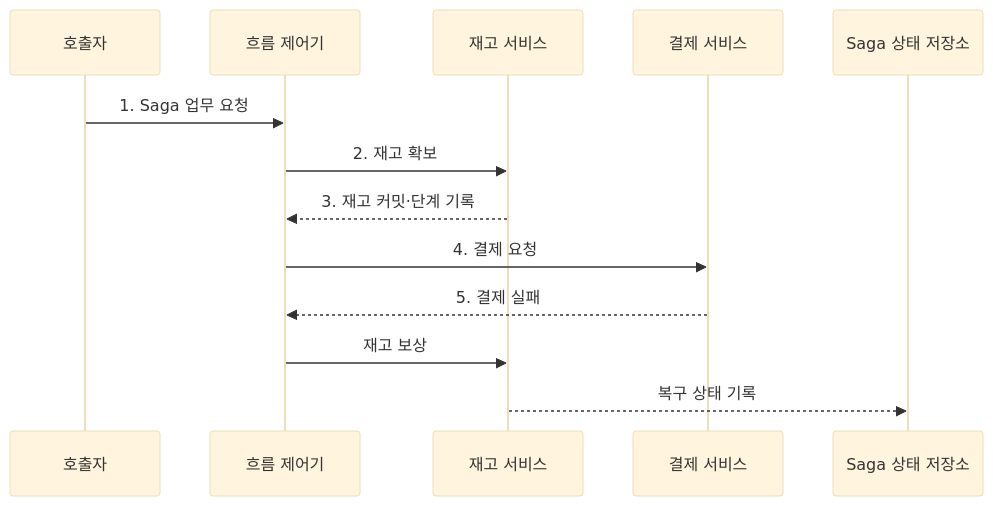
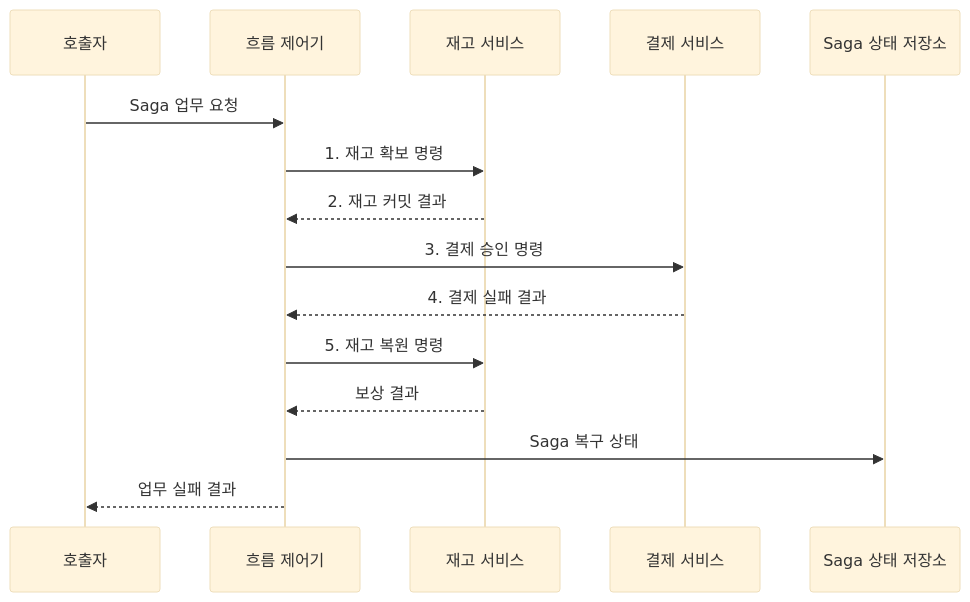
Before and after one commit to agnusdei1207/knowledge-base: the second of 2 diagrams in src/content/docs/notes/03-software/044_saga_pattern.md, drawn with Mermaid (base theme). The commit also changed other lines of this file and 20 other files, not shown here.

````diff
--- a/src/content/docs/notes/03-software/044_saga_pattern.md
+++ b/src/content/docs/notes/03-software/044_saga_pattern.md
@@ -86,15 +85,17 @@
 ```mermaid
 sequenceDiagram
     participant C as 호출자
     participant F as 흐름 제어기
     participant I as 재고 서비스
     participant P as 결제 서비스
     participant S as Saga 상태 저장소
-    C->>F: 1. Saga 업무 요청
-    F->>I: 2. 재고 확보
-    I-->>F: 3. 재고 커밋·단계 기록
-    F->>P: 4. 결제 요청
-    P-->>F: 5. 결제 실패
-    F->>I: 재고 보상
-    I-->>S: 복구 상태 기록
+    C->>F: Saga 업무 요청
+    F->>I: 1. 재고 확보 명령
+    I-->>F: 2. 재고 커밋 결과
+    F->>P: 3. 결제 승인 명령
+    P-->>F: 4. 결제 실패 결과
+    F->>I: 5. 재고 복원 명령
+    I-->>F: 보상 결과
+    F->>S: Saga 복구 상태
+    F-->>C: 업무 실패 결과
 ```
````
